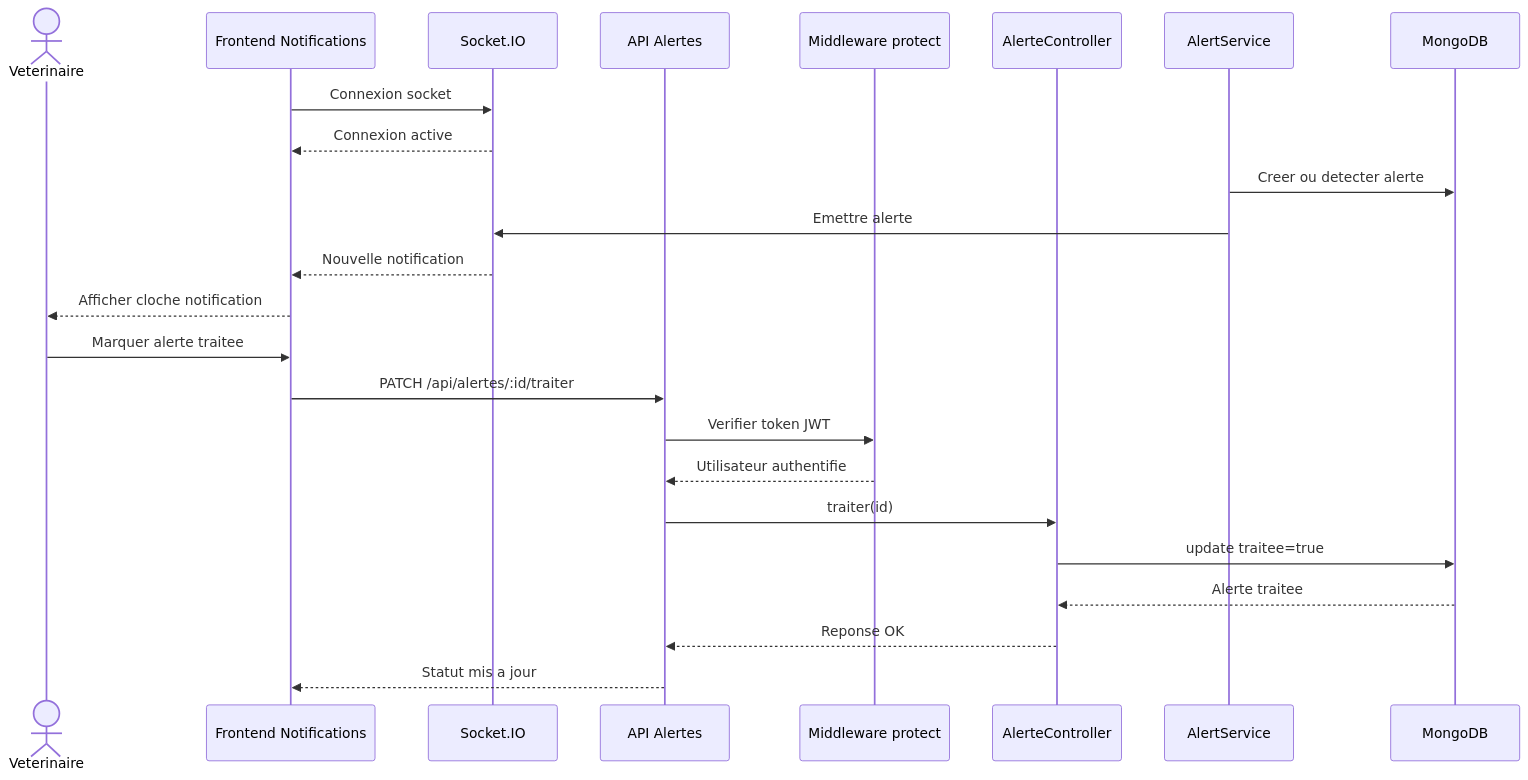
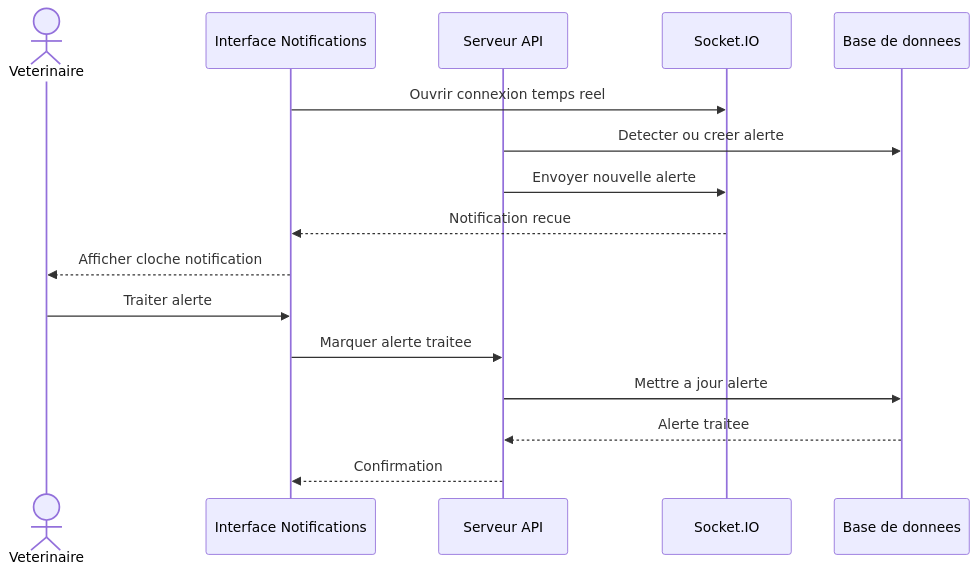
One commit to Youness-Ailal/bovins_cmc changed the diagram in tasks/mohamed/sequence-alertes-temps-reel.md. Above: the diagram before and after it, drawn with Mermaid. The commit also changed 14 other files, not shown here.

````diff
--- a/tasks/mohamed/sequence-alertes-temps-reel.md
+++ b/tasks/mohamed/sequence-alertes-temps-reel.md
@@ -3,27 +3,19 @@
 ```mermaid
 sequenceDiagram
     actor Veterinaire
-    participant Frontend as Frontend Notifications
+    participant Interface as Interface Notifications
+    participant Serveur as Serveur API
     participant Socket as Socket.IO
-    participant API as API Alertes
-    participant Middleware as Middleware protect
-    participant Controller as AlerteController
-    participant Alertes as AlertService
-    participant DB as MongoDB
+    participant DB as Base de donnees
 
-    Frontend->>Socket: Connexion socket
-    Socket-->>Frontend: Connexion active
-    Alertes->>DB: Creer ou detecter alerte
-    Alertes->>Socket: Emettre alerte
-    Socket-->>Frontend: Nouvelle notification
-    Frontend-->>Veterinaire: Afficher cloche notification
-    Veterinaire->>Frontend: Marquer alerte traitee
-    Frontend->>API: PATCH /api/alertes/:id/traiter
-    API->>Middleware: Verifier token JWT
-    Middleware-->>API: Utilisateur authentifie
-    API->>Controller: traiter(id)
-    Controller->>DB: update traitee=true
-    DB-->>Controller: Alerte traitee
-    Controller-->>API: Reponse OK
-    API-->>Frontend: Statut mis a jour
+    Interface->>Socket: Ouvrir connexion temps reel
+    Serveur->>DB: Detecter ou creer alerte
+    Serveur->>Socket: Envoyer nouvelle alerte
+    Socket-->>Interface: Notification recue
+    Interface-->>Veterinaire: Afficher cloche notification
+    Veterinaire->>Interface: Traiter alerte
+    Interface->>Serveur: Marquer alerte traitee
+    Serveur->>DB: Mettre a jour alerte
+    DB-->>Serveur: Alerte traitee
+    Serveur-->>Interface: Confirmation
 ```
````
